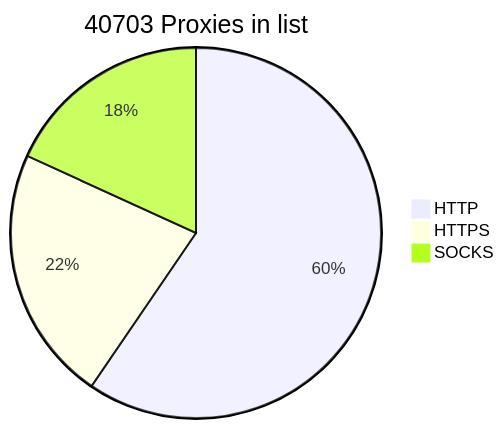
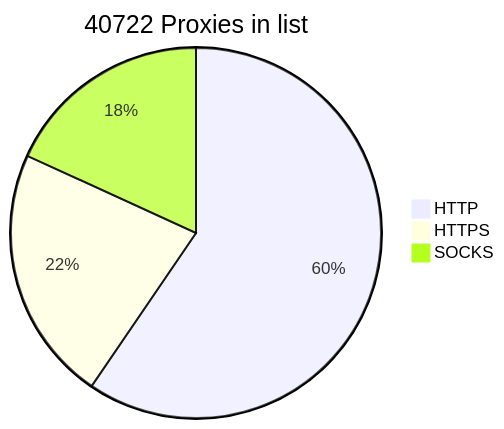
One commit to BlackSnowDot/proxylist-update-every-minute changed the diagram in README.md. Above: the diagram before and after it, drawn with Mermaid. The commit also changed other lines of this file, not shown here.

````diff
--- a/README.md
+++ b/README.md
@@ -2,6 +2,6 @@
 ```mermaid
-pie title 40703 Proxies in list
-    "HTTP" : 28424
-    "HTTPS": 10645
+pie title 40722 Proxies in list
+    "HTTP" : 28433
+    "HTTPS": 10655
     "SOCKS" : 8680
 ```
````
